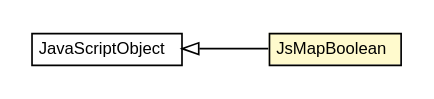
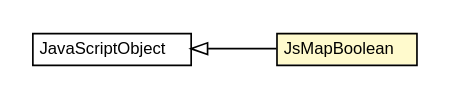
Before and after one commit to growbit/turbogwt-core: the diagram in javadoc/apidocs/org/turbogwt/core/js/collections/client/JsMapBoolean.dot, drawn with Graphviz. The commit also changed 275 other files, not shown here.

```diff
--- a/javadoc/apidocs/org/turbogwt/core/js/collections/client/JsMapBoolean.dot
+++ b/javadoc/apidocs/org/turbogwt/core/js/collections/client/JsMapBoolean.dot
@@ -1,27 +1,27 @@
 #!/usr/local/bin/dot
 #
 # Class diagram 
 # Generated by UMLGraph version R5_6-24-gf6e263 (http://www.umlgraph.org/)
 #
 
 digraph G {
-	edge [fontname="arial",fontsize=10,labelfontname="arial",labelfontsize=10];
-	node [fontname="arial",fontsize=10,shape=plaintext];
+	edge [fontname="Helvetica",fontsize=10,labelfontname="Helvetica",labelfontsize=10];
+	node [fontname="Helvetica",fontsize=10,shape=plaintext];
 	nodesep=0.25;
 	ranksep=0.5;
 	rankdir=LR;
 	// org.turbogwt.core.js.collections.client.JsMapBoolean
-	c1429 [label=<<table title="org.turbogwt.core.js.collections.client.JsMapBoolean" border="0" cellborder="1" cellspacing="0" cellpadding="2" port="p" bgcolor="lemonChiffon" href="./JsMapBoolean.html">
+	c2126 [label=<<table title="org.turbogwt.core.js.collections.client.JsMapBoolean" border="0" cellborder="1" cellspacing="0" cellpadding="2" port="p" bgcolor="lemonChiffon" href="./JsMapBoolean.html">
 		<tr><td><table border="0" cellspacing="0" cellpadding="1">
 <tr><td align="center" balign="center"> JsMapBoolean </td></tr>
 		</table></td></tr>
-		</table>>, URL="./JsMapBoolean.html", fontname="arial", fontcolor="black", fontsize=10.0];
+		</table>>, URL="./JsMapBoolean.html", fontname="Helvetica", fontcolor="black", fontsize=10.0];
 	//org.turbogwt.core.js.collections.client.JsMapBoolean extends com.google.gwt.core.client.JavaScriptObject
-	c1440:p -> c1429:p [dir=back,arrowtail=empty];
+	c2136:p -> c2126:p [dir=back,arrowtail=empty];
 	// com.google.gwt.core.client.JavaScriptObject
-	c1440 [label=<<table title="com.google.gwt.core.client.JavaScriptObject" border="0" cellborder="1" cellspacing="0" cellpadding="2" port="p" href="http://google-web-toolkit.googlecode.com/svn/javadoc/latest/com/google/gwt/core/client/JavaScriptObject.html">
+	c2136 [label=<<table title="com.google.gwt.core.client.JavaScriptObject" border="0" cellborder="1" cellspacing="0" cellpadding="2" port="p" href="http://google-web-toolkit.googlecode.com/svn/javadoc/latest/com/google/gwt/core/client/JavaScriptObject.html">
 		<tr><td><table border="0" cellspacing="0" cellpadding="1">
 <tr><td align="center" balign="center"> JavaScriptObject </td></tr>
 		</table></td></tr>
-		</table>>, URL="http://google-web-toolkit.googlecode.com/svn/javadoc/latest/com/google/gwt/core/client/JavaScriptObject.html", fontname="arial", fontcolor="black", fontsize=10.0];
+		</table>>, URL="http://google-web-toolkit.googlecode.com/svn/javadoc/latest/com/google/gwt/core/client/JavaScriptObject.html", fontname="Helvetica", fontcolor="black", fontsize=10.0];
 }
```
